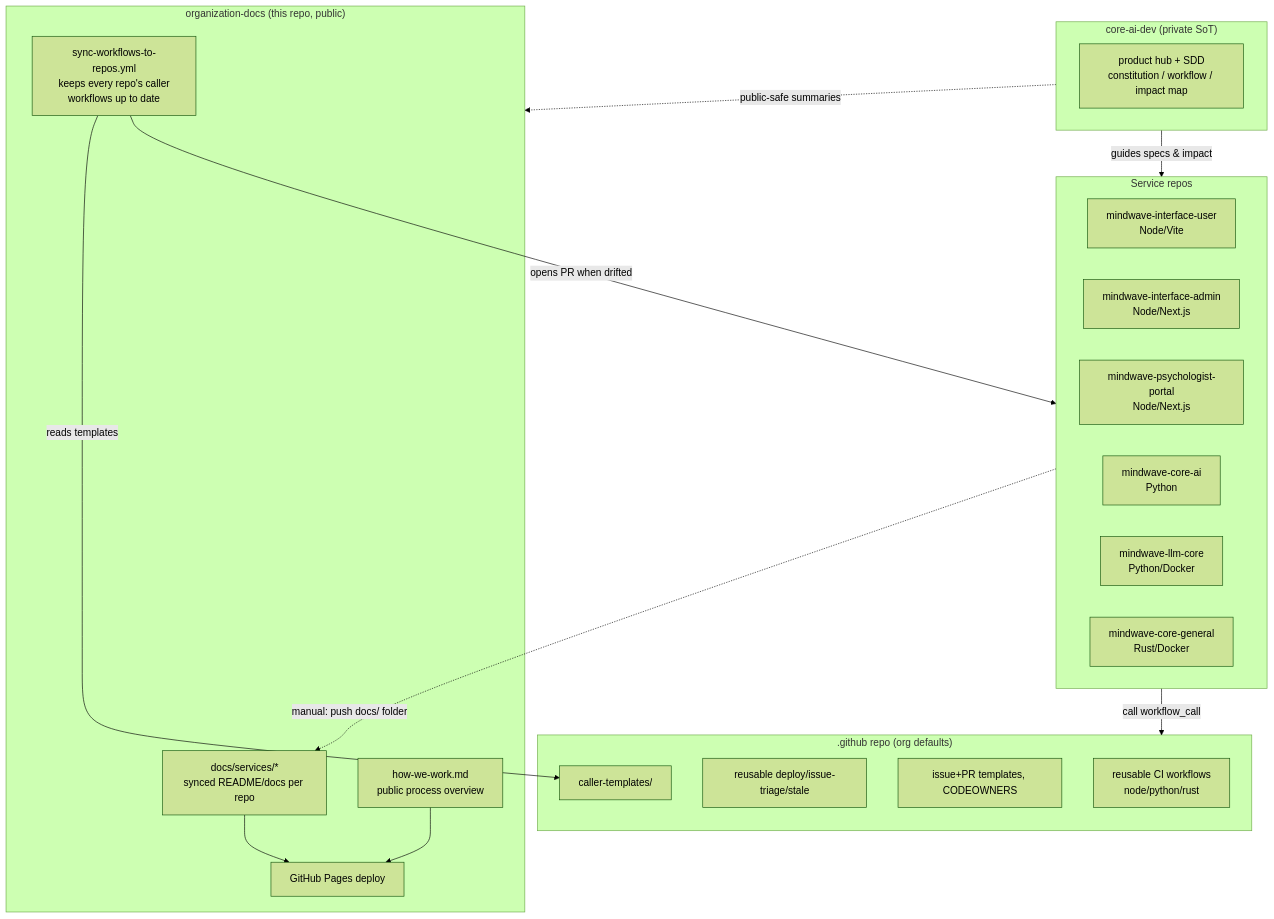
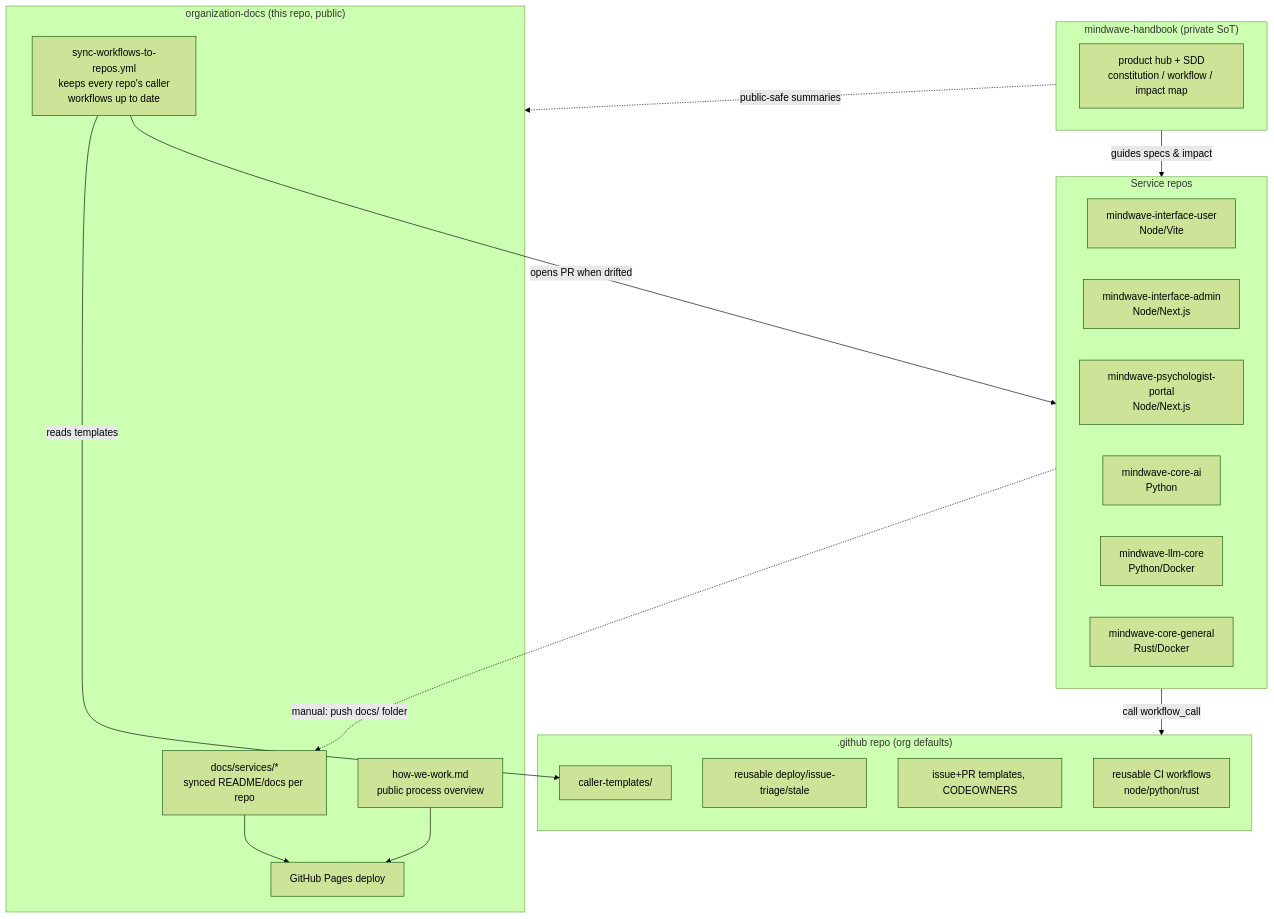
One commit to mindwave-th/organization-docs changed the diagram in docs/index.md. Above: the diagram before and after it, drawn with Mermaid (forest theme). The commit also changed other lines of this file and 1 other file, not shown here.

First line of the commit message:
docs: point to mindwave-handbook (renamed from core-ai-dev)

````diff
--- a/docs/index.md
+++ b/docs/index.md
@@ -16,38 +16,38 @@
 ```mermaid
 flowchart TB
     subgraph repos["Service repos"]
         A[mindwave-interface-user<br/>Node/Vite]
         B[mindwave-interface-admin<br/>Node/Next.js]
         C[mindwave-psychologist-portal<br/>Node/Next.js]
         D[mindwave-core-ai<br/>Python]
         E[mindwave-llm-core<br/>Python/Docker]
         F[mindwave-core-general<br/>Rust/Docker]
     end
 
     subgraph central[".github repo (org defaults)"]
         G[reusable CI workflows<br/>node/python/rust]
         H[reusable deploy/issue-triage/stale]
         I[issue+PR templates, CODEOWNERS]
         J[caller-templates/]
     end
 
-    subgraph brain["core-ai-dev (private SoT)"]
+    subgraph brain["mindwave-handbook (private SoT)"]
         N[product hub + SDD<br/>constitution / workflow / impact map]
     end
 
     subgraph docshub["organization-docs (this repo, public)"]
         K[docs/services/*<br/>synced README/docs per repo]
         L[sync-workflows-to-repos.yml<br/>keeps every repo's caller<br/>workflows up to date]
         M[GitHub Pages deploy]
         O[how-we-work.md<br/>public process overview]
     end
 
     brain -->|guides specs & impact| repos
     brain -.->|public-safe summaries| docshub
     repos -->|call workflow_call| central
     L -->|reads templates| J
     L -->|opens PR when drifted| repos
     repos -.->|manual: push docs/ folder| K
     K --> M
     O --> M
 ```
````
